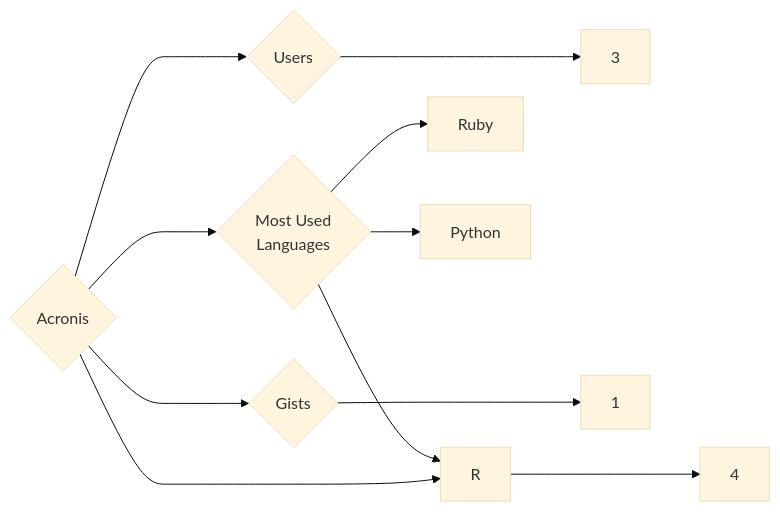
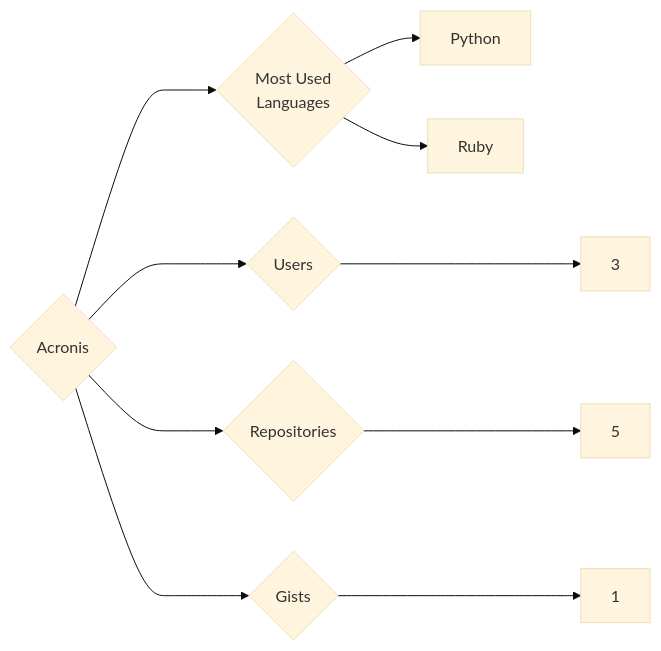
Before and after one commit to trickest/insiders: the diagram in targets/Acronis/README.md, drawn with Mermaid (base theme). The commit also changed 942 other files, not shown here.

````diff
--- a/targets/Acronis/README.md
+++ b/targets/Acronis/README.md
@@ -3,11 +3,10 @@
 ```mermaid
 graph LR
 COMPANY_NAME{Acronis}
 COMPANY_NAME ---> U{Users} ---> UN[3]
-COMPANY_NAME ---> R{Repositories} ---> RN[4]
+COMPANY_NAME ---> R{Repositories} ---> RN[5]
 COMPANY_NAME ---> G{Gists} ---> GN[1]
 COMPANY_NAME ---> ML{Most Used<br>Languages}
+ML --> Python[Python]
 ML --> Ruby[Ruby]
-ML --> R[R]
-ML --> Python[Python]
 ```
````
